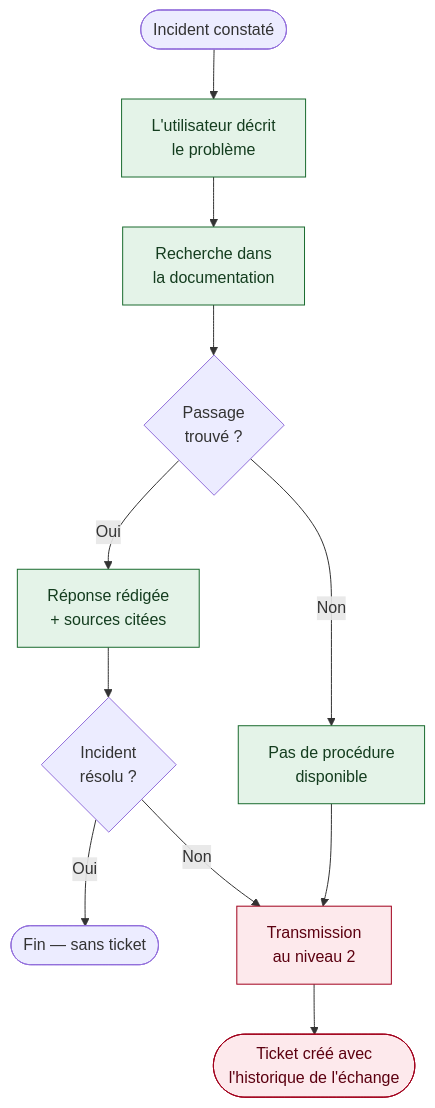
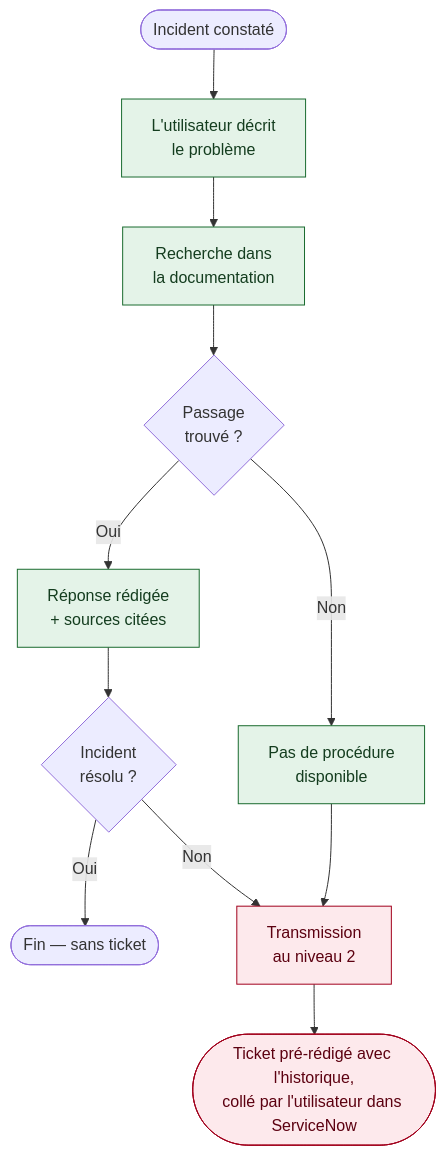
Before and after one commit to margotmc-web/Chatbot_PPV_BC07: the first of 2 diagrams in 02-description-fonctionnelle.md, drawn with Mermaid. The commit also changed other lines of this file and 11 other files, not shown here.

First line of the commit message:
Mise à jour BC07 : ticket pré-rédigé, benchmark, revue de code, plan de release

````diff
--- a/02-description-fonctionnelle.md
+++ b/02-description-fonctionnelle.md
@@ -34,18 +34,18 @@
 ```mermaid
 flowchart TD
     A([Incident constaté]) --> B["L'utilisateur décrit<br/>le problème"]
     B --> C["Recherche dans<br/>la documentation"]
     C --> D{"Passage<br/>trouvé ?"}
     D -->|Oui| E["Réponse rédigée<br/>+ sources citées"]
     D -->|Non| G["Pas de procédure<br/>disponible"]
     E --> H{"Incident<br/>résolu ?"}
     H -->|Oui| I([Fin — sans ticket])
     H -->|Non| K["Transmission<br/>au niveau 2"]
     G --> K
-    K --> L([Ticket créé avec<br/>l'historique de l'échange])
+    K --> L([Ticket pré-rédigé avec l'historique,<br/>collé par l'utilisateur dans ServiceNow])
 
     classDef ok fill:#e4f3e8,stroke:#1a6b2f,color:#143d1f;
     classDef todo fill:#fde9ec,stroke:#a1001c,color:#5c0010;
     class B,C,E,G ok
     class K,L todo
 ```
````
